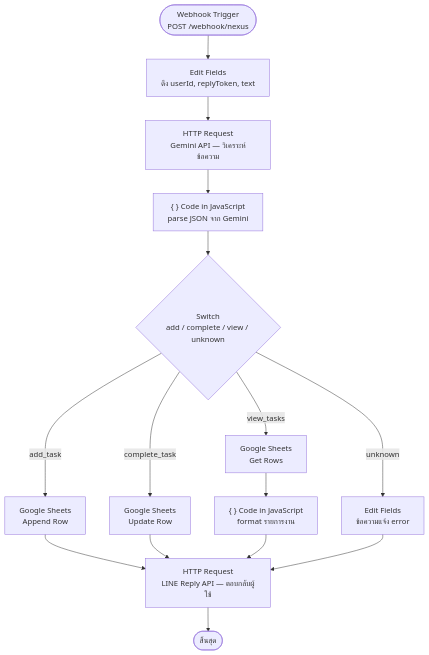
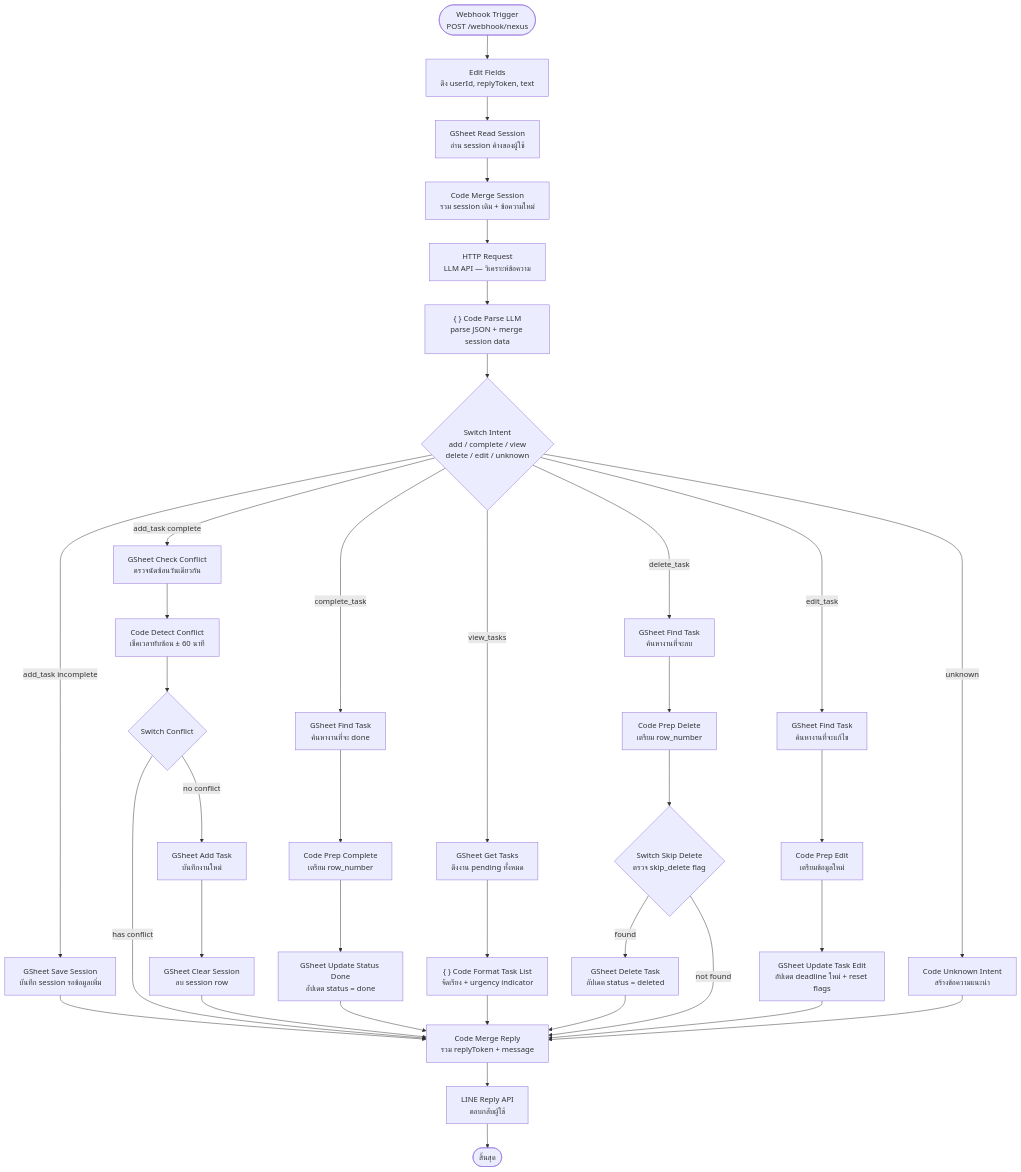
Before and after one commit to RelaxTimee/CSI403_Nexus: the first of 3 diagrams in README.md, drawn with Mermaid. The commit also changed other lines of this file, not shown here.

````diff
--- a/README.md
+++ b/README.md
@@ -20,22 +20,47 @@
 ```mermaid
 flowchart TD
-    A([ Webhook Trigger\nPOST /webhook/nexus]) --> B
-    B[ Edit Fields\nดึง userId, replyToken, text] --> C
-    C[ HTTP Request\nGemini API — วิเคราะห์ข้อความ] --> D
-    D["{ } Code in JavaScript\nparse JSON จาก Gemini"] --> E
-    E{ Switch\nadd / complete / view / unknown}
- 
-    E -->|add_task| F1[ Google Sheets\nAppend Row]
-    E -->|complete_task| F2[ Google Sheets\nUpdate Row]
-    E -->|view_tasks| F3[ Google Sheets\nGet Rows]
-    E -->|unknown| F4[ Edit Fields\nข้อความแจ้ง error]
- 
-    F3 --> G["{ } Code in JavaScript\nformat รายการงาน"]
- 
-    F1 --> H
-    F2 --> H
-    G --> H
-    F4 --> H
- 
-    H[ HTTP Request\nLINE Reply API — ตอบกลับผู้ใช้] --> Z([สิ้นสุด])
+    A([Webhook Trigger\nPOST /webhook/nexus]) --> B
+    B[Edit Fields\nดึง userId, replyToken, text] --> C
+    C[GSheet Read Session\nอ่าน session ค้างของผู้ใช้] --> D
+    D[Code Merge Session\nรวม session เดิม + ข้อความใหม่] --> E
+    E[HTTP Request\nLLM API — วิเคราะห์ข้อความ] --> F
+    F["{ } Code Parse LLM\nparse JSON + merge session data"] --> G
+    G{Switch Intent\nadd / complete / view\ndelete / edit / unknown}
+
+    G -->|add_task incomplete| H1[GSheet Save Session\nบันทึก session รอข้อมูลเพิ่ม]
+    G -->|add_task complete| H2[GSheet Check Conflict\nตรวจนัดซ้อนวันเดียวกัน]
+    G -->|complete_task| H3[GSheet Find Task\nค้นหางานที่จะ done]
+    G -->|view_tasks| H4[GSheet Get Tasks\nดึงงาน pending ทั้งหมด]
+    G -->|delete_task| H5[GSheet Find Task\nค้นหางานที่จะลบ]
+    G -->|edit_task| H6[GSheet Find Task\nค้นหางานที่จะแก้ไข]
+    G -->|unknown| H7[Code Unknown Intent\nสร้างข้อความแนะนำ]
+
+    H1 --> R
+    H2 --> I2[Code Detect Conflict\nเช็คเวลาทับซ้อน ± 60 นาที]
+    I2 --> J2{Switch Conflict}
+    J2 -->|no conflict| K2[GSheet Add Task\nบันทึกงานใหม่]
+    J2 -->|has conflict| R
+    K2 --> L2[GSheet Clear Session\nลบ session row]
+    L2 --> R
+
+    H3 --> I3[Code Prep Complete\nเตรียม row_number]
+    I3 --> J3[GSheet Update Status Done\nอัปเดต status = done]
+    J3 --> R
+
+    H4 --> I4["{ } Code Format Task List\nจัดเรียง + urgency indicator"]
+    I4 --> R
+
+    H5 --> I5[Code Prep Delete\nเตรียม row_number]
+    I5 --> J5{Switch Skip Delete\nตรวจ skip_delete flag}
+    J5 -->|found| K5[GSheet Delete Task\nอัปเดต status = deleted]
+    K5 --> R
+    J5 -->|not found| R
+
+    H6 --> I6[Code Prep Edit\nเตรียมข้อมูลใหม่]
+    I6 --> J6[GSheet Update Task Edit\nอัปเดต deadline ใหม่ + reset flags]
+    J6 --> R
+    H7 --> R
+
+    R[Code Merge Reply\nรวม replyToken + message] --> S
+    S[LINE Reply API\nตอบกลับผู้ใช้] --> Z([สิ้นสุด])
 ```
````
